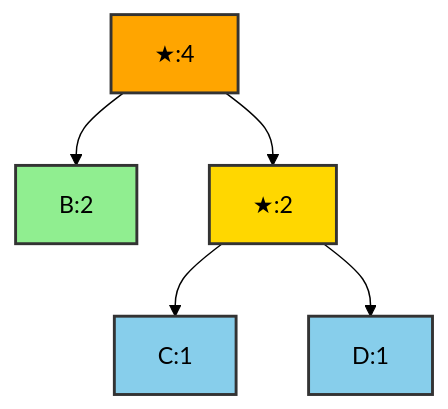
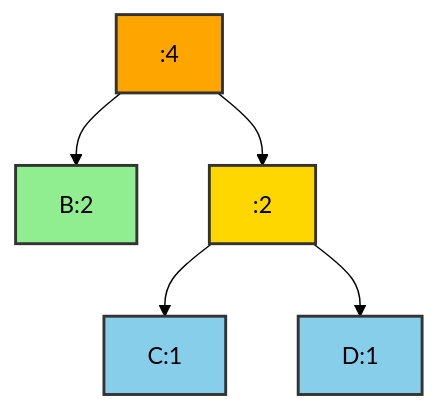
One commit to PanagopoulosNikolaos/DitOpenNotes changed the third of 7 diagrams in Year_2/Semester_3/DSA_DATA_STRUCTURES_ALGORITHMS/Lectures/Huffman_Coding.md. Above: the diagram before and after it, drawn with Mermaid (forest theme). The commit also changed other lines of this file and 24 other files, not shown here.

````diff
--- a/Year_2/Semester_3/DSA_DATA_STRUCTURES_ALGORITHMS/Lectures/Huffman_Coding.md
+++ b/Year_2/Semester_3/DSA_DATA_STRUCTURES_ALGORITHMS/Lectures/Huffman_Coding.md
@@ -197,13 +197,13 @@
 ```mermaid
 graph TD
-    BCD["★:4"] --> B["B:2"]
-    BCD --> CD["★:2"]
+    BCD[":4"] --> B["B:2"]
+    BCD --> CD[":2"]
     CD --> C["C:1"]
     CD --> D["D:1"]
     
     style BCD fill:#FFA500,stroke:#333,stroke-width:2px,color:black
     style B fill:#90EE90,stroke:#333,stroke-width:2px,color:black
     style CD fill:#FFD700,stroke:#333,stroke-width:2px,color:black
     style C fill:#87CEEB,stroke:#333,stroke-width:2px,color:black
     style D fill:#87CEEB,stroke:#333,stroke-width:2px,color:black
 ```
````
